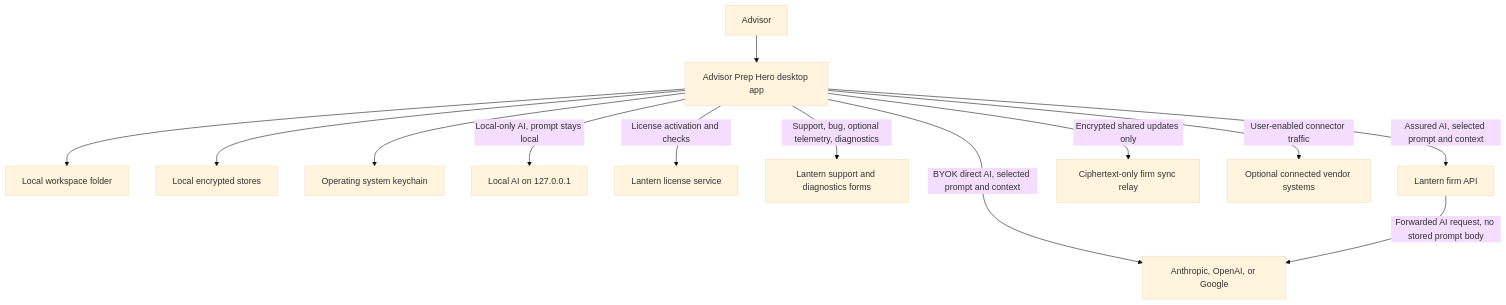
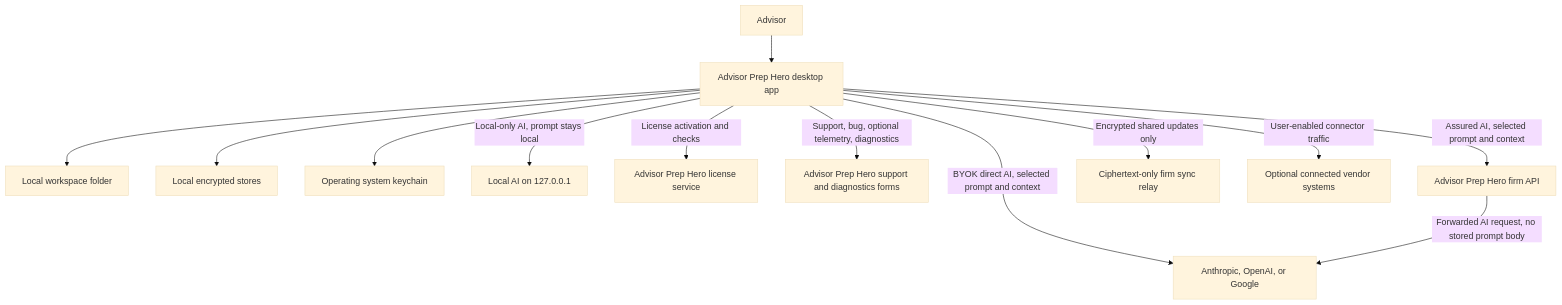
Before and after one commit to joelbridger/projelli: the diagram in docs/trust/it-approval-pack/DATA-FLOW.md, drawn with Mermaid (base theme). The commit also changed other lines of this file and 11 other files, not shown here.

````diff
--- a/docs/trust/it-approval-pack/DATA-FLOW.md
+++ b/docs/trust/it-approval-pack/DATA-FLOW.md
@@ -22,30 +22,30 @@
 ```mermaid
 flowchart TD
   User[Advisor]
   App[Advisor Prep Hero desktop app]
   Workspace[Local workspace folder]
   Stores[Local encrypted stores]
   Keychain[Operating system keychain]
   LocalAI[Local AI on 127.0.0.1]
   CloudAI[Anthropic, OpenAI, or Google]
-  License[Lantern license service]
-  Forms[Lantern support and diagnostics forms]
-  FirmAPI[Lantern firm API]
+  License[Advisor Prep Hero license service]
+  Forms[Advisor Prep Hero support and diagnostics forms]
+  FirmAPI[Advisor Prep Hero firm API]
   Relay[Ciphertext-only firm sync relay]
   Vendor[Optional connected vendor systems]
 
   User --> App
   App --> Workspace
   App --> Stores
   App --> Keychain
 
   App -->|Local-only AI, prompt stays local| LocalAI
   App -->|BYOK direct AI, selected prompt and context| CloudAI
   App -->|Assured AI, selected prompt and context| FirmAPI
   FirmAPI -->|Forwarded AI request, no stored prompt body| CloudAI
 
   App -->|Encrypted shared updates only| Relay
   App -->|License activation and checks| License
   App -->|Support, bug, optional telemetry, diagnostics| Forms
   App -->|User-enabled connector traffic| Vendor
 ```
````
